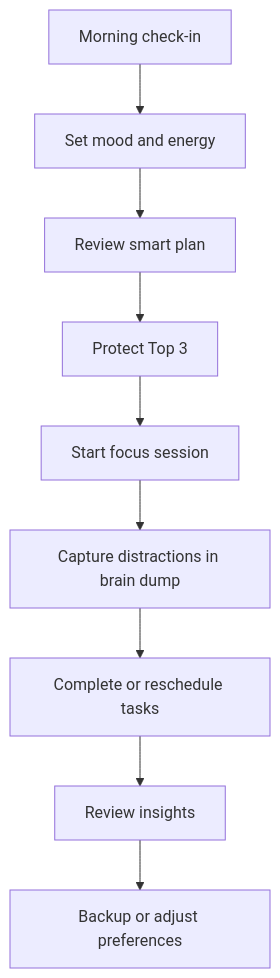
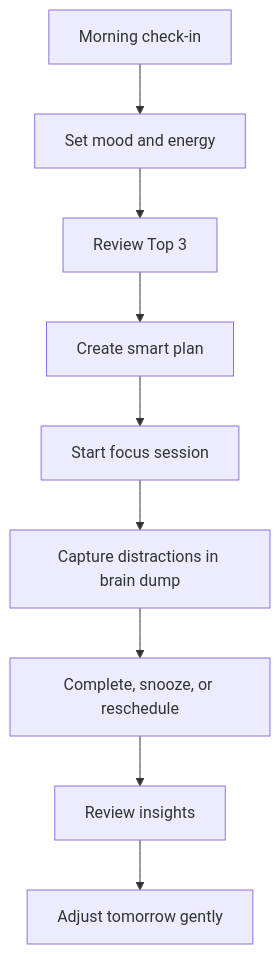
The second of 2 diagrams in README.md (MOHAMMED-GHANIM-SIDDIQUI/momentum-adhd-planner), drawn with Mermaid before and after one commit. The commit also changed other lines of this file, not shown here.

````diff
--- a/README.md
+++ b/README.md
@@ -82,11 +258,11 @@
 ```mermaid
 flowchart TD
     A["Morning check-in"] --> B["Set mood and energy"]
-    B --> C["Review smart plan"]
-    C --> D["Protect Top 3"]
+    B --> C["Review Top 3"]
+    C --> D["Create smart plan"]
     D --> E["Start focus session"]
     E --> F["Capture distractions in brain dump"]
-    F --> G["Complete or reschedule tasks"]
+    F --> G["Complete, snooze, or reschedule"]
     G --> H["Review insights"]
-    H --> I["Backup or adjust preferences"]
+    H --> I["Adjust tomorrow gently"]
 ```
````
